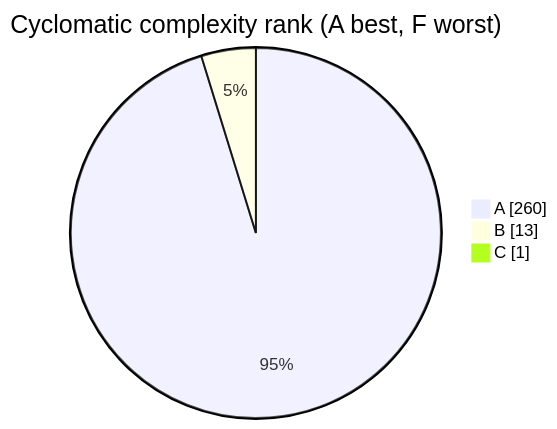
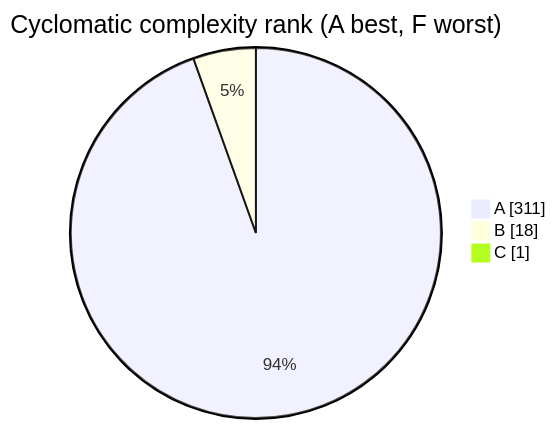
One commit to Kgotso-Koete/fastapi-clean-example changed the diagram in docs/wiki/generated/complexity.md. Above: the diagram before and after it, drawn with Mermaid. The commit also changed other lines of this file and 1006 other files, not shown here.

````diff
--- a/docs/wiki/generated/complexity.md
+++ b/docs/wiki/generated/complexity.md
@@ -27,8 +27,8 @@
     ```mermaid
     %%{init: {"theme": "default", "themeVariables": {"fontSize": "14px"}, "flowchart": {"nodeSpacing": 20, "rankSpacing": 16, "padding": 10, "subGraphTitleMargin": {"top": 5, "bottom": 12}, "useMaxWidth": false}}}%%
     pie showData
         title Cyclomatic complexity rank (A best, F worst)
-        "A" : 260
-        "B" : 13
+        "A" : 311
+        "B" : 18
         "C" : 1
     ```
````
